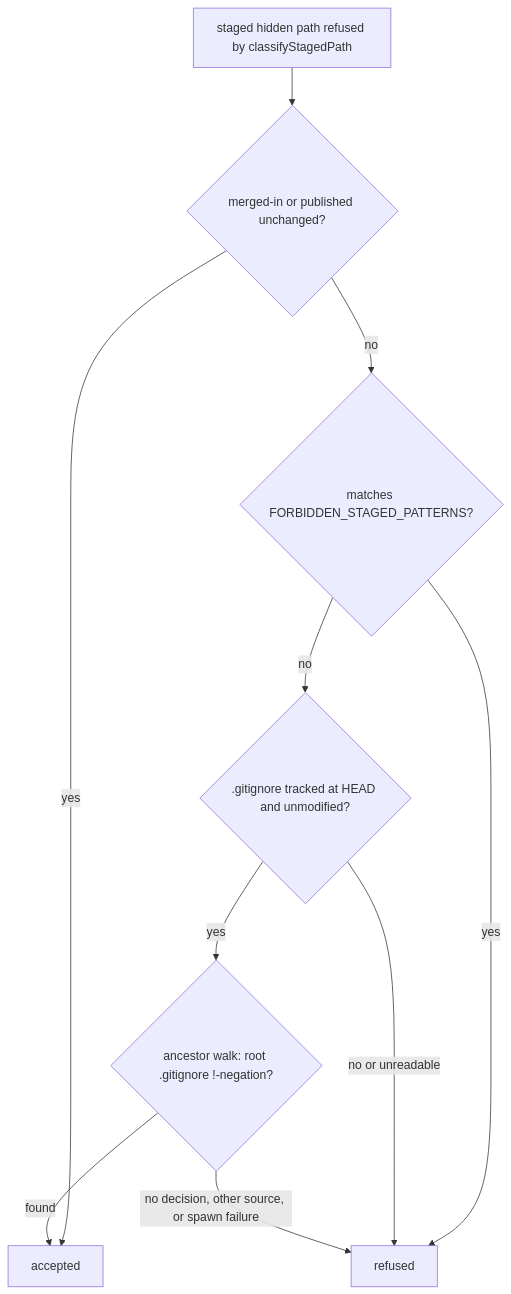
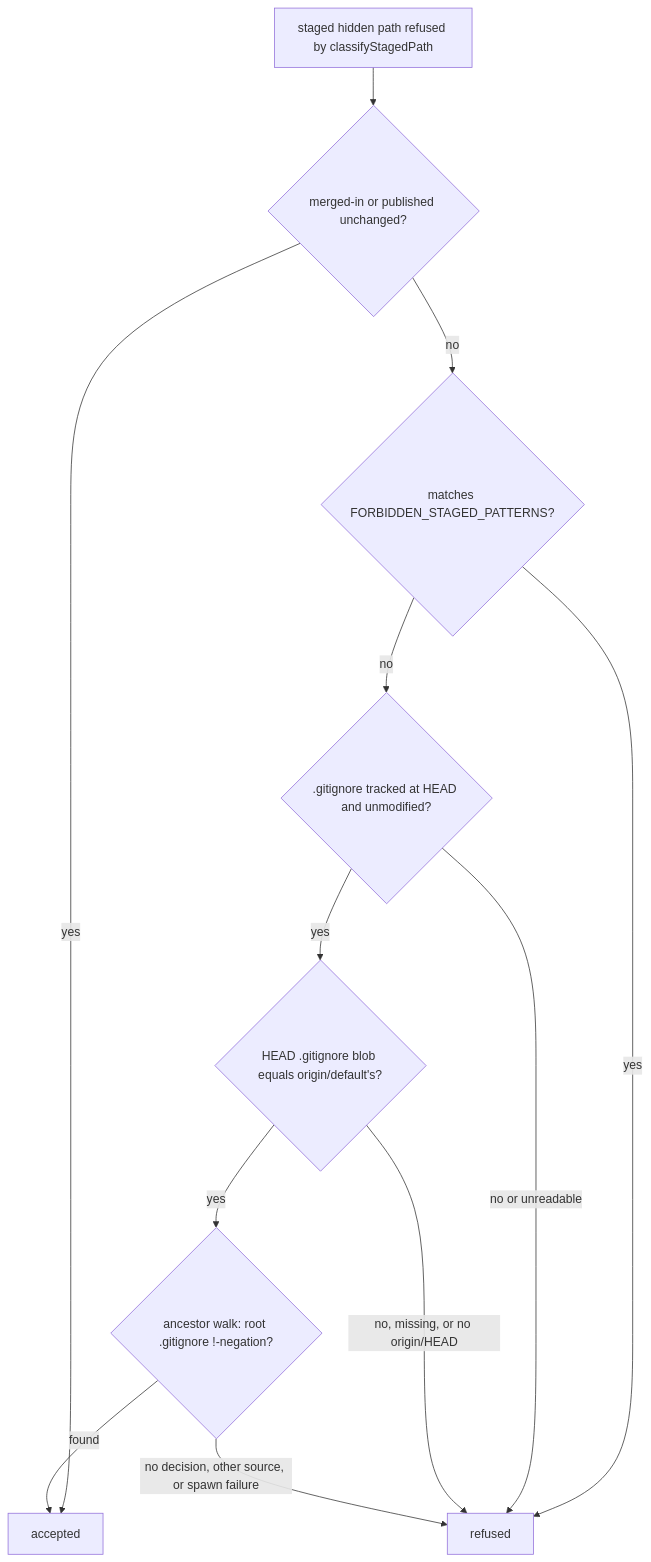
The diagram in docs/archive/pr-summaries/pr-summary-3296.md (stSoftwareAU/VibeCoder), drawn with Mermaid before and after one commit. The commit also changed other lines of this file, not shown here.

First line of the commit message:
Regenerate PR #3296 summary: Branch outcomes at head, cited issues, quality.sh result

````diff
--- a/docs/archive/pr-summaries/pr-summary-3296.md
+++ b/docs/archive/pr-summaries/pr-summary-3296.md
@@ -92,12 +94,14 @@
 ```mermaid
 flowchart TD
     S[staged hidden path refused by classifyStagedPath] --> M{merged-in or published unchanged?}
     M -->|yes| OK[accepted]
     M -->|no| F{matches FORBIDDEN_STAGED_PATTERNS?}
     F -->|yes| R[refused]
     F -->|no| G{.gitignore tracked at HEAD and unmodified?}
     G -->|no or unreadable| R
-    G -->|yes| C{ancestor walk: root .gitignore !-negation?}
+    G -->|yes| O{HEAD .gitignore blob equals origin/default's?}
+    O -->|no, missing, or no origin/HEAD| R
+    O -->|yes| C{ancestor walk: root .gitignore !-negation?}
     C -->|found| OK
     C -->|no decision, other source, or spawn failure| R
 ```
````
